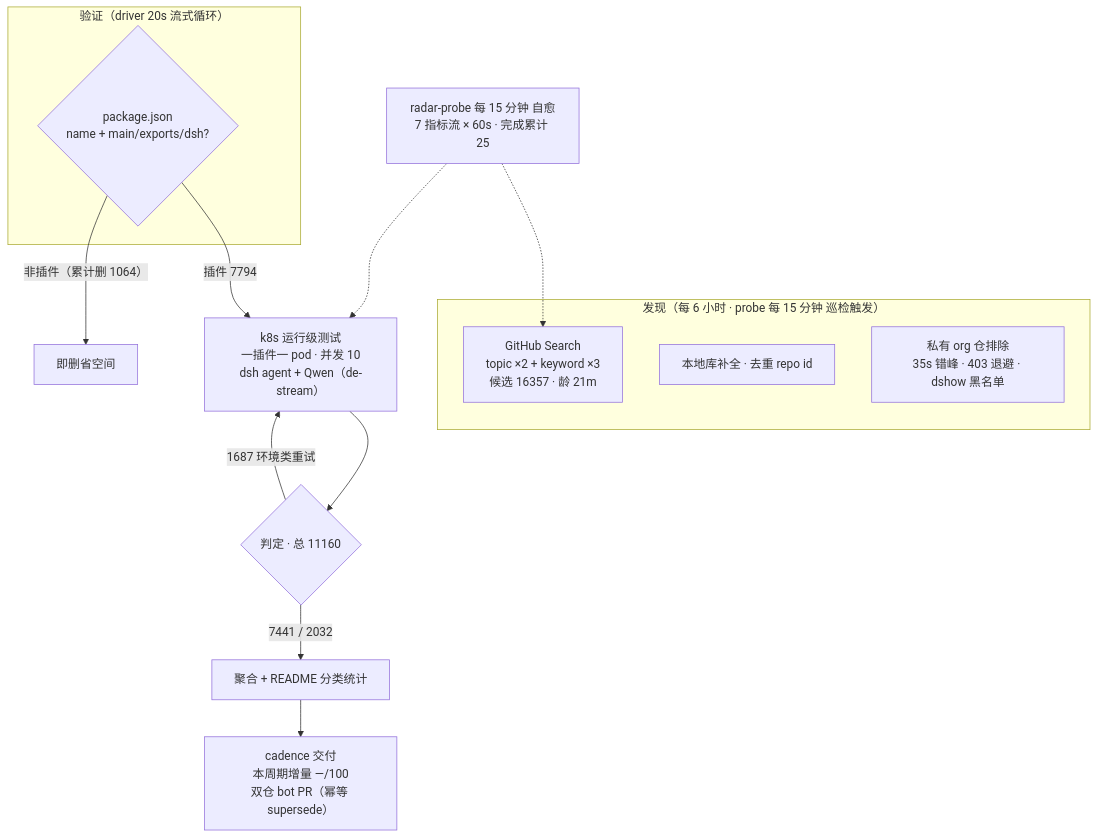
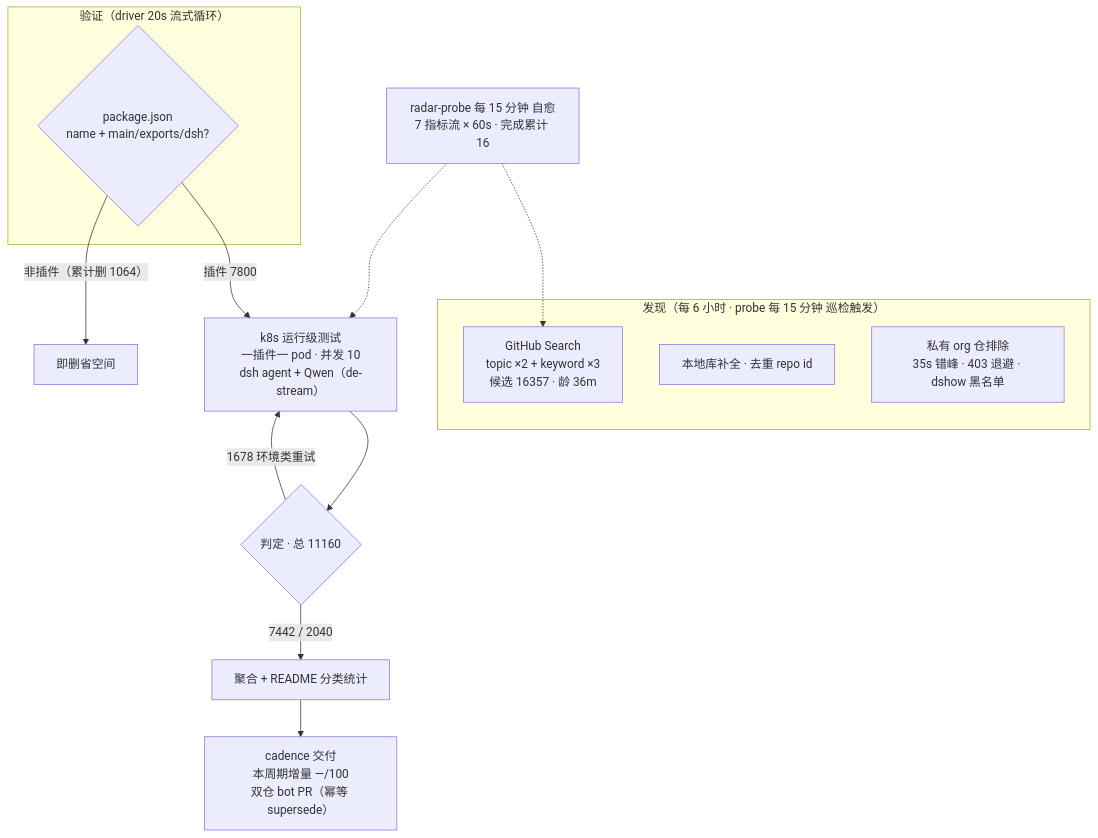
The diagram in README.md (Zhidao-Lab-OSS/awesome-dsh-plugins), drawn with Mermaid before and after one commit. The commit also changed other lines of this file and 1 other file, not shown here.

````diff
--- a/README.md
+++ b/README.md
@@ -52,20 +52,20 @@
 ```mermaid
 flowchart TB
     subgraph Discovery["发现（每 6 小时 · probe 每 15 分钟 巡检触发）"]
-        A1["GitHub Search<br/>topic ×2 + keyword ×3<br/>候选 16357 · 龄 21m"]
+        A1["GitHub Search<br/>topic ×2 + keyword ×3<br/>候选 16357 · 龄 36m"]
         A2["本地库补全 · 去重 repo id"]
         A3["私有 org 仓排除<br/>35s 错峰 · 403 退避 · dshow 黑名单"]
     end
     subgraph Validation["验证（driver 20s 流式循环）"]
         B1{"package.json<br/>name + main/exports/dsh?"}
     end
-    B1 -->|"插件 7794"| C1["k8s 运行级测试<br/>一插件一 pod · 并发 10<br/>dsh agent + Qwen（de-stream）"]
+    B1 -->|"插件 7800"| C1["k8s 运行级测试<br/>一插件一 pod · 并发 10<br/>dsh agent + Qwen（de-stream）"]
     B1 -->|"非插件（累计删 1064）"| B3["即删省空间"]
     C1 --> D1{"判定 · 总 11160"}
-    D1 -->|"7441 / 2032"| E1["聚合 + README 分类统计"]
-    D1 -->|"1687 环境类重试"| C1
+    D1 -->|"7442 / 2040"| E1["聚合 + README 分类统计"]
+    D1 -->|"1678 环境类重试"| C1
     E1 --> E2["cadence 交付<br/>本周期增量 —/100<br/>双仓 bot PR（幂等 supersede）"]
-    M["radar-probe 每 15 分钟 自愈<br/>7 指标流 × 60s · 完成累计 25"]
+    M["radar-probe 每 15 分钟 自愈<br/>7 指标流 × 60s · 完成累计 16"]
     M -.-> A1
     M -.-> C1
 ```
````
